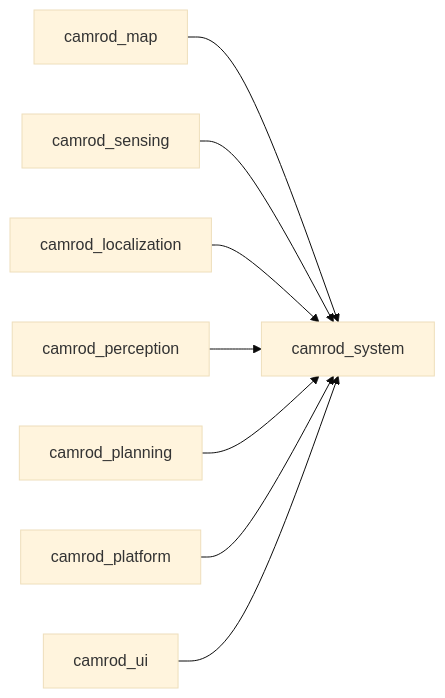
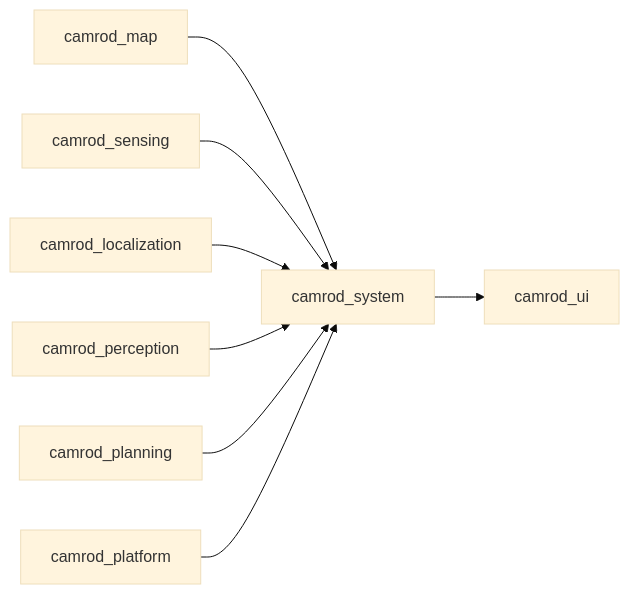
Before and after one commit to hwanhonglee/CAMROD: the second of 2 diagrams in camrod_system/README.md, drawn with Mermaid (base theme). The commit also changed other lines of this file and 15 other files, not shown here.

````diff
--- a/camrod_system/README.md
+++ b/camrod_system/README.md
@@ -30,10 +83,10 @@
 ```mermaid
 graph LR
   MAP[camrod_map] --> SYS[camrod_system]
-  SENSING[camrod_sensing] --> SYS
+  SENS[camrod_sensing] --> SYS
   LOC[camrod_localization] --> SYS
   PER[camrod_perception] --> SYS
   PLAN[camrod_planning] --> SYS
-  PLATFORM[camrod_platform] --> SYS
-  API[camrod_ui] --> SYS
+  PLAT[camrod_platform] --> SYS
+  SYS --> UI[camrod_ui]
 ```
````
